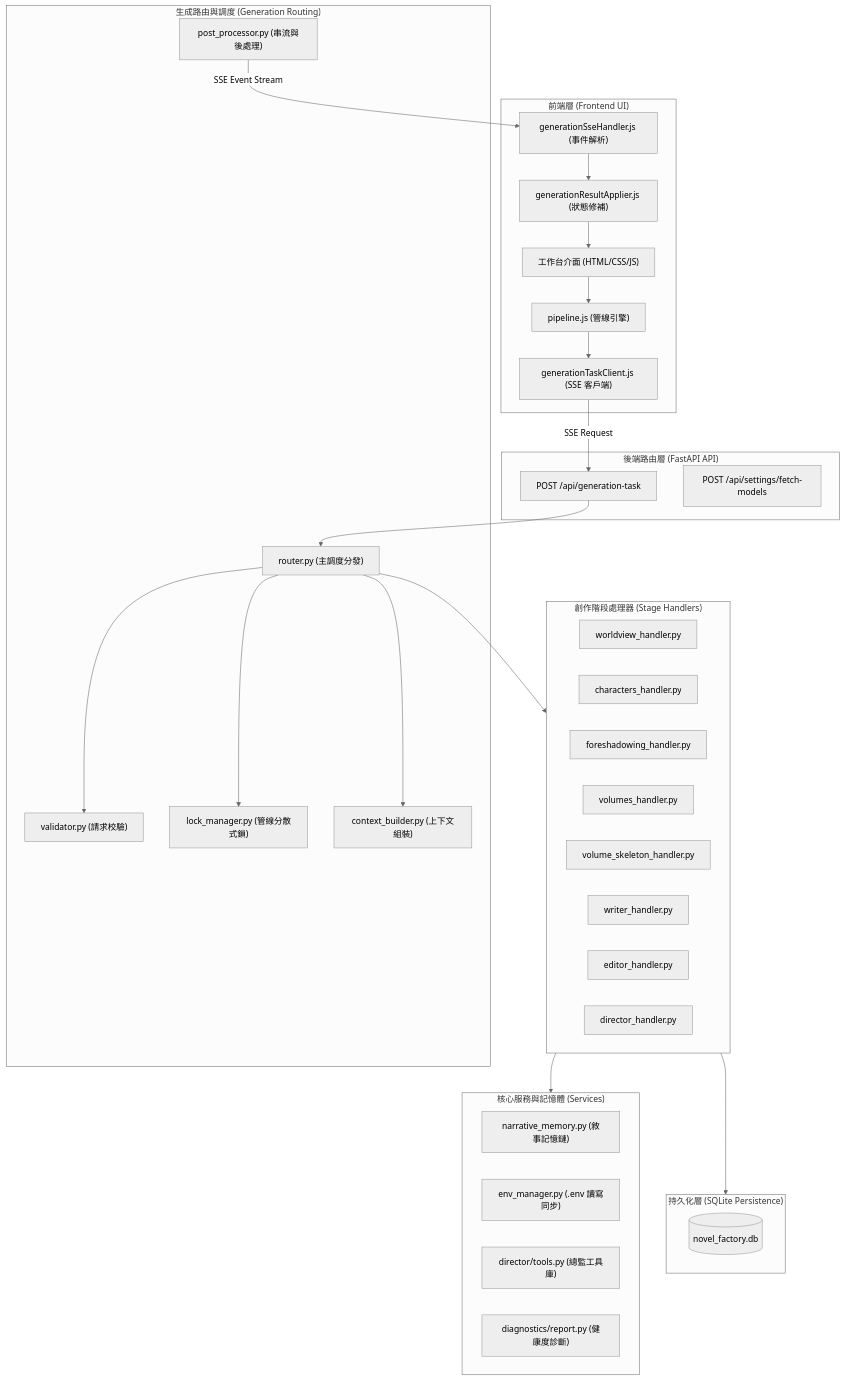
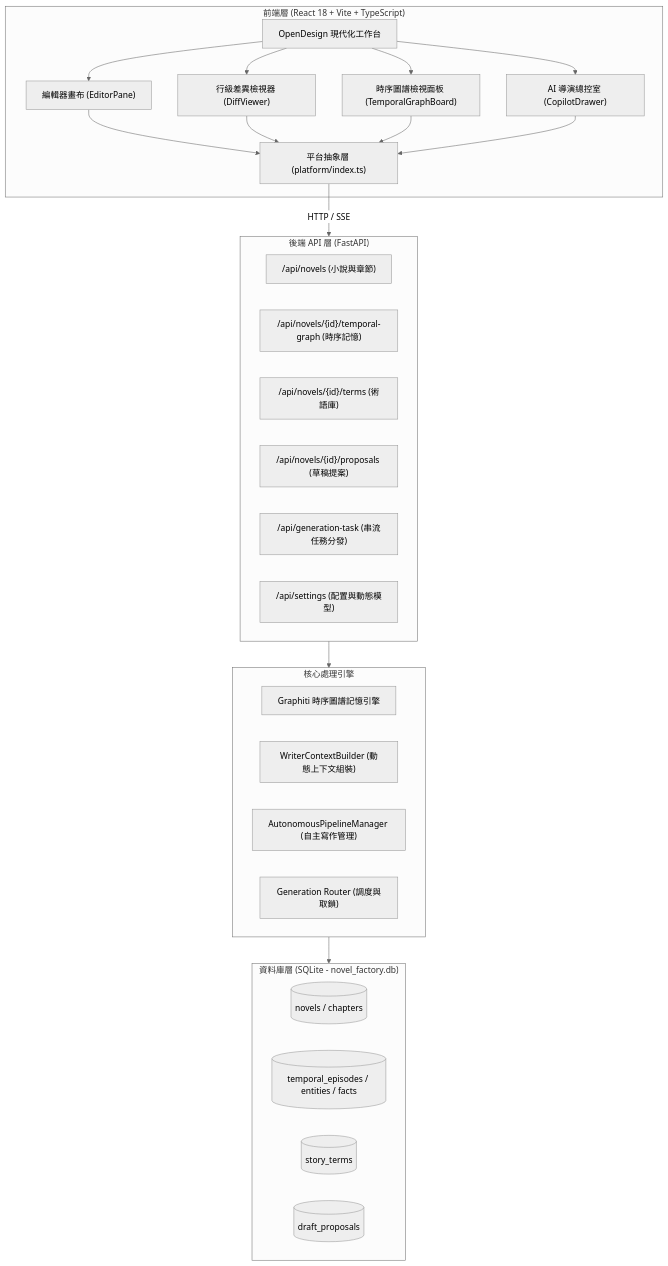
Before and after one commit to jimmy-shian/Write_Novel: the diagram in README.md, drawn with Mermaid (neutral theme). The commit also changed other lines of this file and 6 other files, not shown here.

````diff
--- a/README.md
+++ b/README.md
@@ -141,52 +150,40 @@
 ```mermaid
 graph TB
-    subgraph Frontend["前端層 (Frontend UI)"]
-        UI["工作台介面 (HTML/CSS/JS)"]
-        Pipeline["pipeline.js (管線引擎)"]
-        TaskClient["generationTaskClient.js (SSE 客戶端)"]
-        SSEHandler["generationSseHandler.js (事件解析)"]
-        ResultApplier["generationResultApplier.js (狀態修補)"]
+    subgraph Frontend["前端層 (React 18 + Vite + TypeScript)"]
+        UI["OpenDesign 現代化工作台"]
+        EditorView["編輯器畫布 (EditorPane)"]
+        DiffView["行級差異檢視器 (DiffViewer)"]
+        GraphView["時序圖譜檢視面板 (TemporalGraphBoard)"]
+        CopilotView["AI 導演總控室 (CopilotDrawer)"]
+        PlatformAdapter["平台抽象層 (platform/index.ts)"]
     end
     
-    subgraph BackendAPI["後端路由層 (FastAPI API)"]
-        FastAPI["POST /api/generation-task"]
-        SettingsAPI["POST /api/settings/fetch-models"]
+    subgraph BackendAPI["後端 API 層 (FastAPI)"]
+        NovelsAPI["/api/novels (小說與章節)"]
+        TemporalAPI["/api/novels/{id}/temporal-graph (時序記憶)"]
+        TermsAPI["/api/novels/{id}/terms (術語庫)"]
+        ProposalsAPI["/api/novels/{id}/proposals (草稿提案)"]
+        GenTaskAPI["/api/generation-task (串流任務分發)"]
+        SettingsAPI["/api/settings (配置與動態模型)"]
     end
     
-    subgraph GenerationRouting["生成路由與調度 (Generation Routing)"]
-        Router["router.py (主調度分發)"]
-        Validator["validator.py (請求校驗)"]
-        LockManager["lock_manager.py (管線分散式鎖)"]
-        ContextBuilder["context_builder.py (上下文組裝)"]
-        PostProcessor["post_processor.py (串流與後處理)"]
+    subgraph CoreEngines["核心處理引擎"]
+        GraphitiEngine["Graphiti 時序圖譜記憶引擎"]
+        WriterContext["WriterContextBuilder (動態上下文組裝)"]
+        PipelineManager["AutonomousPipelineManager (自主寫作管理)"]
+        Router["Generation Router (調度與取鎖)"]
     end
     
-    subgraph Handlers["創作階段處理器 (Stage Handlers)"]
-        WorldviewH["worldview_handler.py"]
-        CharactersH["characters_handler.py"]
-        ForeshadowingH["foreshadowing_handler.py"]
-        VolumesH["volumes_handler.py"]
-        SkeletonH["volume_skeleton_handler.py"]
-        WriterH["writer_handler.py"]
-        EditorH["editor_handler.py"]
-        DirectorH["director_handler.py"]
+    subgraph Persistence["資料庫層 (SQLite - novel_factory.db)"]
+        T_Novels[(novels / chapters)]
+        T_Temporal[(temporal_episodes / entities / facts)]
+        T_Terms[(story_terms)]
+        T_Proposals[(draft_proposals)]
     end
     
-    subgraph Services["核心服務與記憶體 (Services)"]
-        NarrativeMemory["narrative_memory.py (敘事記憶鏈)"]
-        EnvManager["env_manager.py (.env 讀寫同步)"]
-        DirectorTools["director/tools.py (總監工具庫)"]
-        Diagnostics["diagnostics/report.py (健康度診斷)"]
-    end
-    
-    subgraph Persistence["持久化層 (SQLite Persistence)"]
-        DB[(novel_factory.db)]
-    end
-    
-    UI --> Pipeline --> TaskClient -->|"SSE Request"| FastAPI
-    FastAPI --> Router
-    Router --> Validator & LockManager & ContextBuilder
-    Router --> Handlers
-    Handlers --> Services & Persistence
-    PostProcessor -->|"SSE Event Stream"| SSEHandler --> ResultApplier --> UI
+    UI --> EditorView & DiffView & GraphView & CopilotView
+    EditorView & DiffView & GraphView & CopilotView --> PlatformAdapter
+    PlatformAdapter -->|"HTTP / SSE"| BackendAPI
+    BackendAPI --> CoreEngines
+    CoreEngines --> Persistence
 ```
````
